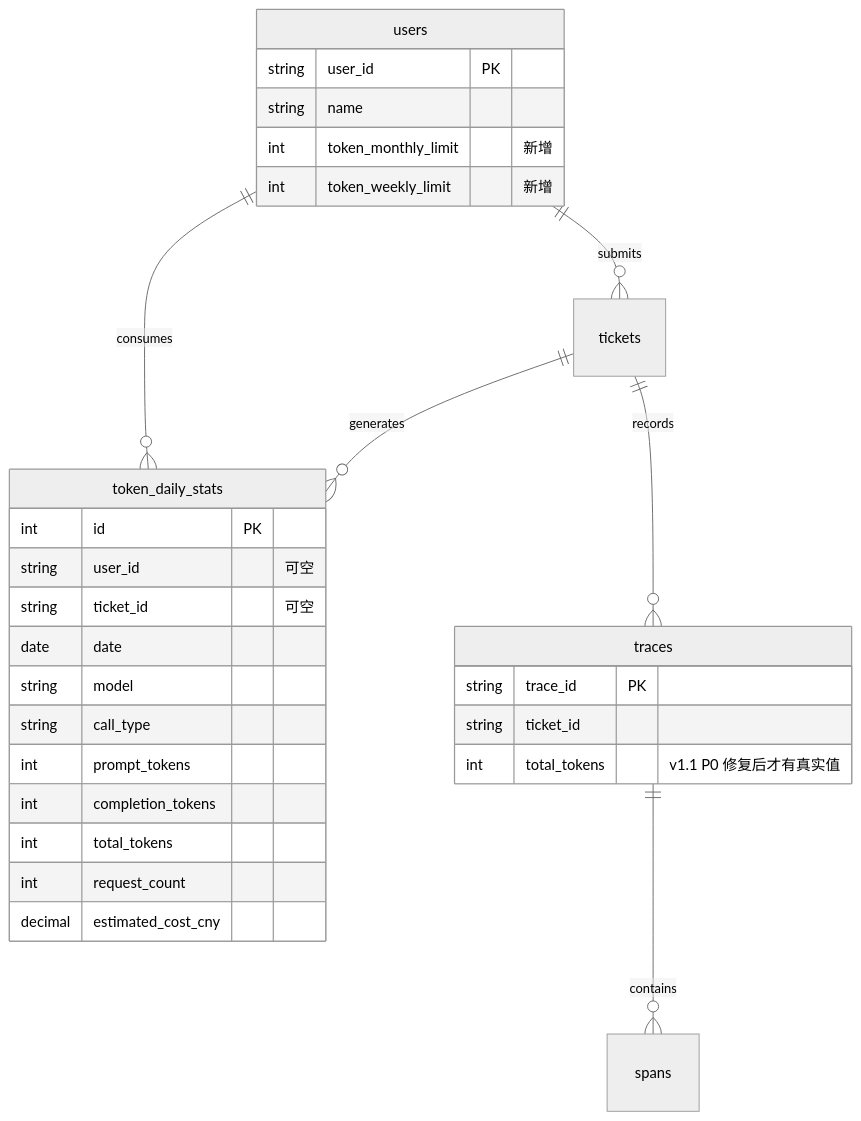
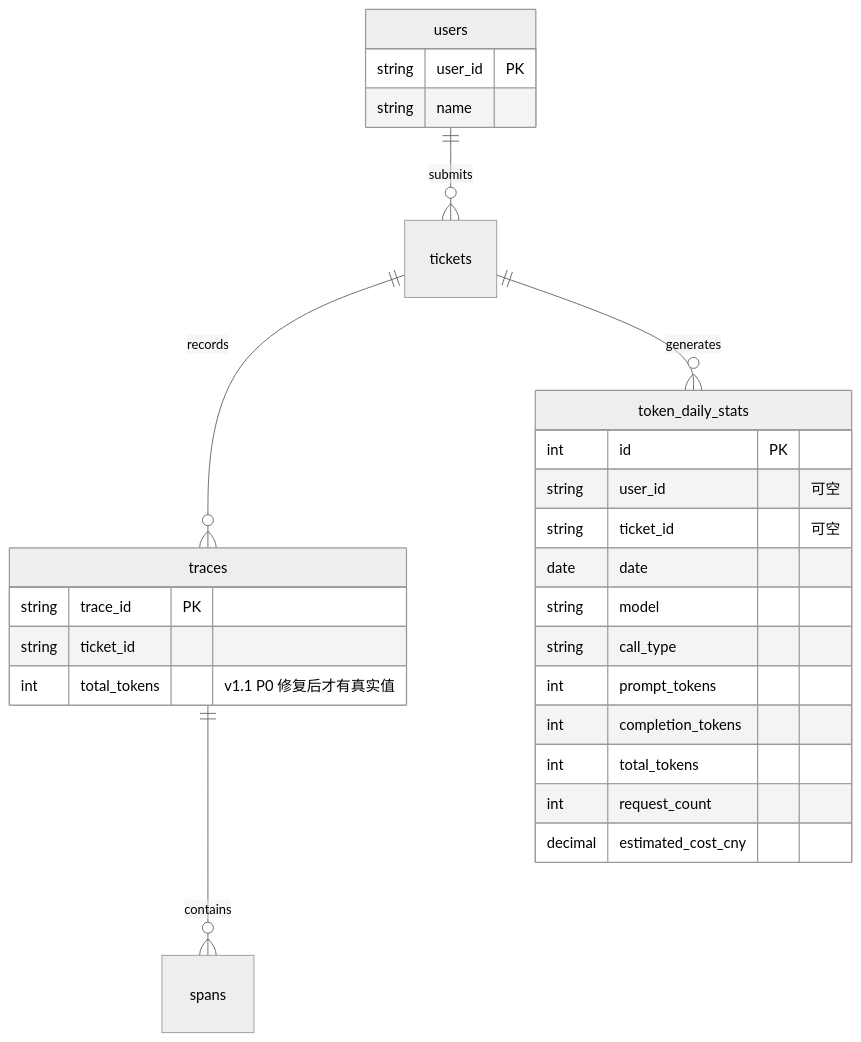
One commit to ArtLjn/ai-agent-learning changed the first of 2 diagrams in docs/design-spec/01_正式设计/12_Token成本控制台设计.md. Above: the diagram before and after it, drawn with Mermaid (neutral theme). The commit also changed other lines of this file and 30 other files, not shown here.

Commit message:
docs: 梳理工单业务架构与系统框架图

````diff
--- a/docs/design-spec/01_正式设计/12_Token成本控制台设计.md
+++ b/docs/design-spec/01_正式设计/12_Token成本控制台设计.md
@@ -105,35 +90,32 @@
 ```mermaid
 erDiagram
     users ||--o{ tickets : submits
-    users ||--o{ token_daily_stats : consumes
     tickets ||--o{ traces : records
     tickets ||--o{ token_daily_stats : generates
     traces ||--o{ spans : contains
 
     users {
         string user_id PK
         string name
-        int token_monthly_limit "新增"
-        int token_weekly_limit "新增"
     }
 
     token_daily_stats {
         int id PK
         string user_id "可空"
         string ticket_id "可空"
         date date
         string model
         string call_type
         int prompt_tokens
         int completion_tokens
         int total_tokens
         int request_count
         decimal estimated_cost_cny
     }
 
     traces {
         string trace_id PK
         string ticket_id
         int total_tokens "v1.1 P0 修复后才有真实值"
     }
 ```
````
